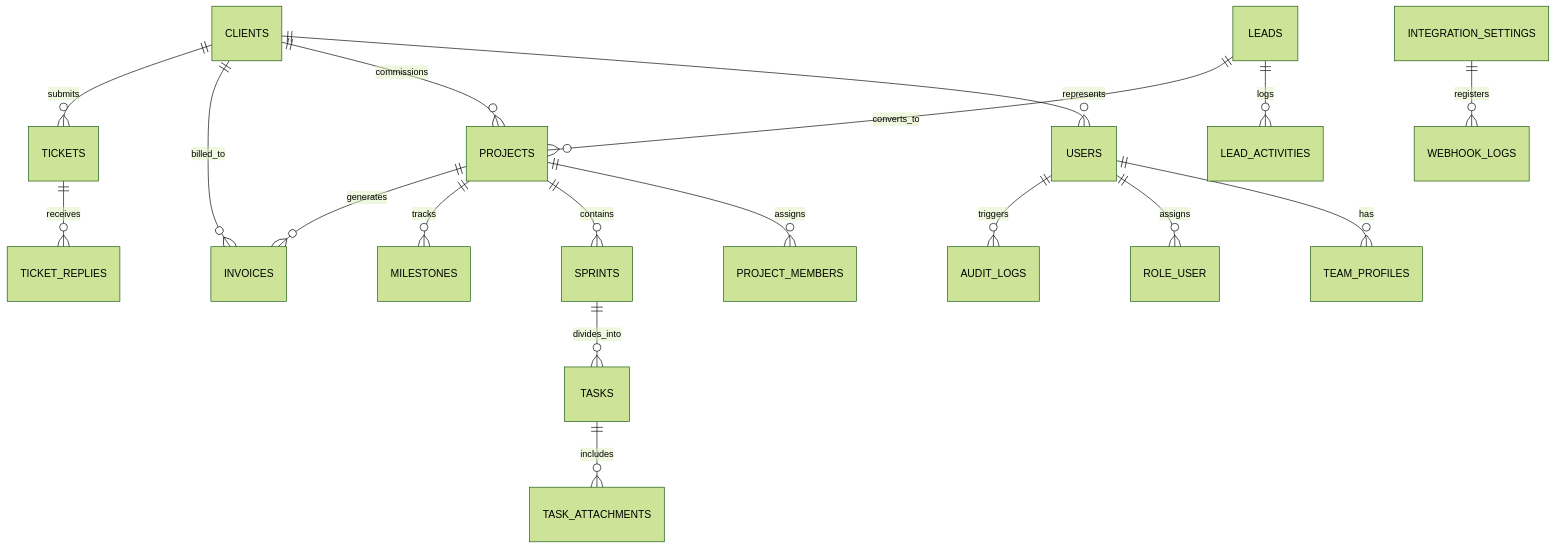
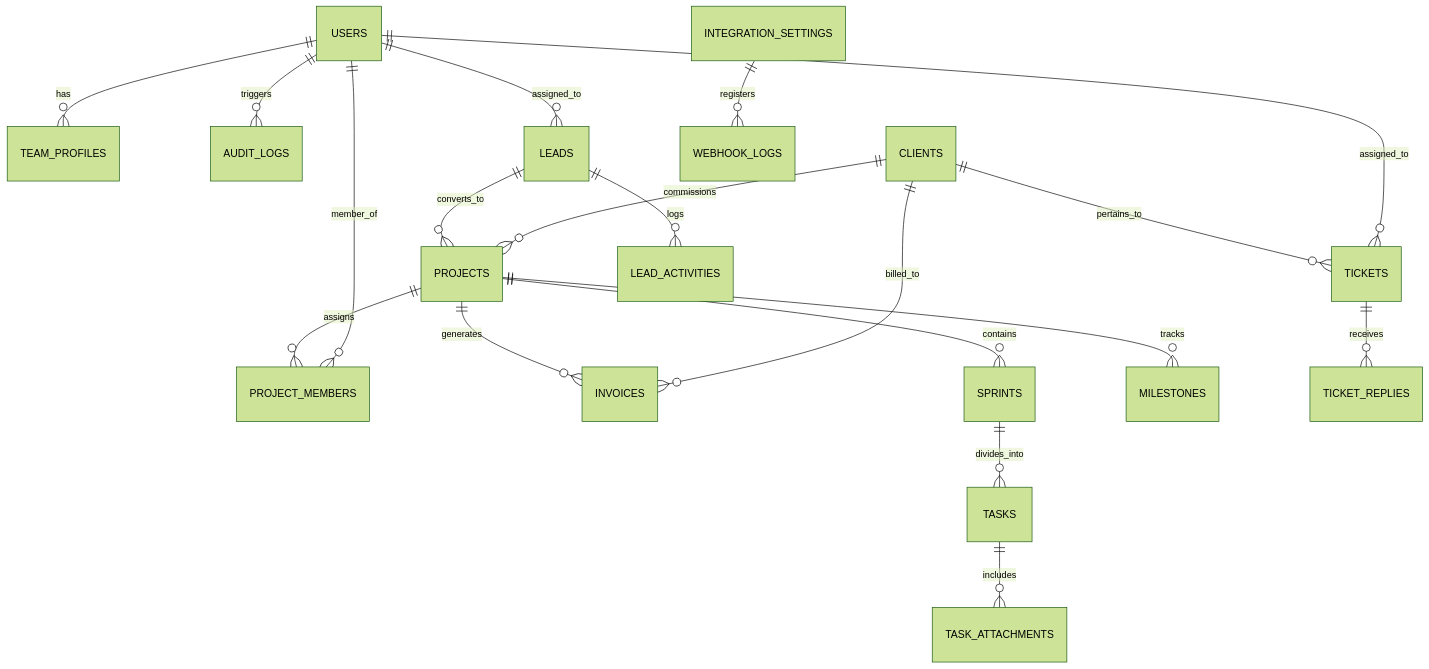
Before and after one commit to Intelecta-id/SuperApp: the first of 2 diagrams in SUPERAPP_INTELECTA_PRD.md, drawn with Mermaid (forest theme). The commit also changed other lines of this file and 5 other files, not shown here.

Commit message:
docs: update technical PRD, system architecture, and API documentation

````diff
--- a/SUPERAPP_INTELECTA_PRD.md
+++ b/SUPERAPP_INTELECTA_PRD.md
@@ -156,26 +129,27 @@
 ```mermaid
 erDiagram
     USERS ||--o{ TEAM_PROFILES : has
-    USERS ||--o{ ROLE_USER : assigns
     USERS ||--o{ AUDIT_LOGS : triggers
-    
-    CLIENTS ||--o{ USERS : represents
+    USERS ||--o{ LEADS : assigned_to
+    USERS ||--o{ PROJECT_MEMBERS : member_of
+    USERS ||--o{ TICKETS : assigned_to
+
     CLIENTS ||--o{ PROJECTS : commissions
     CLIENTS ||--o{ INVOICES : billed_to
-    CLIENTS ||--o{ TICKETS : submits
-    
+    CLIENTS ||--o{ TICKETS : pertains_to
+
     PROJECTS ||--o{ PROJECT_MEMBERS : assigns
     PROJECTS ||--o{ SPRINTS : contains
     PROJECTS ||--o{ MILESTONES : tracks
     PROJECTS ||--o{ INVOICES : generates
-    
+
     SPRINTS ||--o{ TASKS : divides_into
     TASKS ||--o{ TASK_ATTACHMENTS : includes
-    
+
     LEADS ||--o{ LEAD_ACTIVITIES : logs
     LEADS ||--o{ PROJECTS : converts_to
-    
+
     TICKETS ||--o{ TICKET_REPLIES : receives
-    
+
     INTEGRATION_SETTINGS ||--o{ WEBHOOK_LOGS : registers
 ```
````
